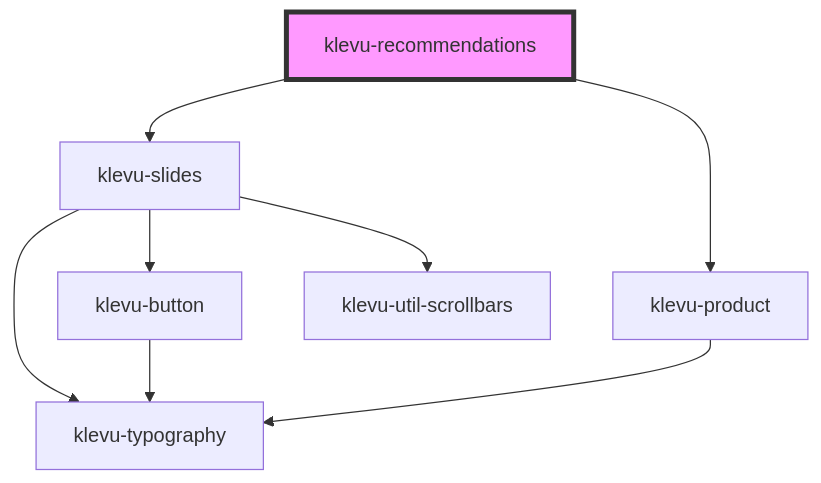
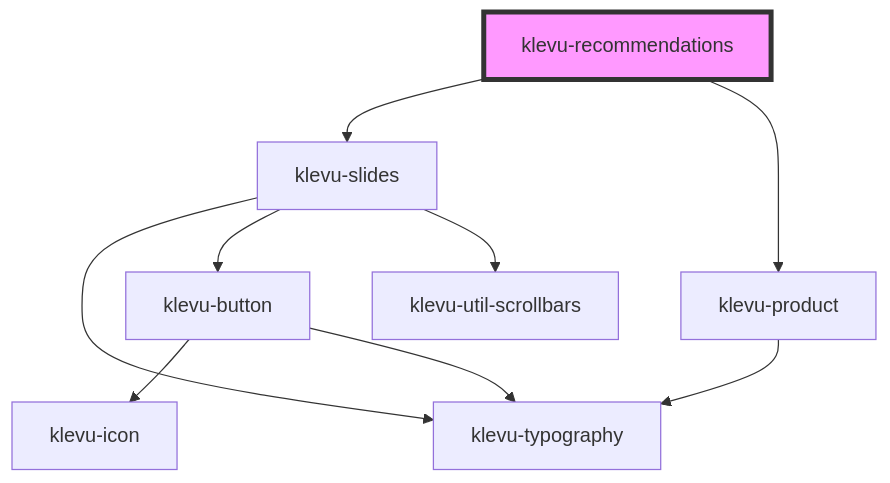
One commit to klevultd/frontend-sdk changed the diagram in packages/klevu-ui/src/components/klevu-recommendations/readme.md. Above: the diagram before and after it, drawn with Mermaid. The commit also changed 80 other files, not shown here.

Commit message:
Create a klevu-icon component

````diff
--- a/packages/klevu-ui/src/components/klevu-recommendations/readme.md
+++ b/packages/klevu-ui/src/components/klevu-recommendations/readme.md
@@ -31,11 +31,12 @@
 ```mermaid
 graph TD;
   klevu-recommendations --> klevu-slides
   klevu-recommendations --> klevu-product
   klevu-slides --> klevu-typography
   klevu-slides --> klevu-button
   klevu-slides --> klevu-util-scrollbars
+  klevu-button --> klevu-icon
   klevu-button --> klevu-typography
   klevu-product --> klevu-typography
   style klevu-recommendations fill:#f9f,stroke:#333,stroke-width:4px
 ```
````
